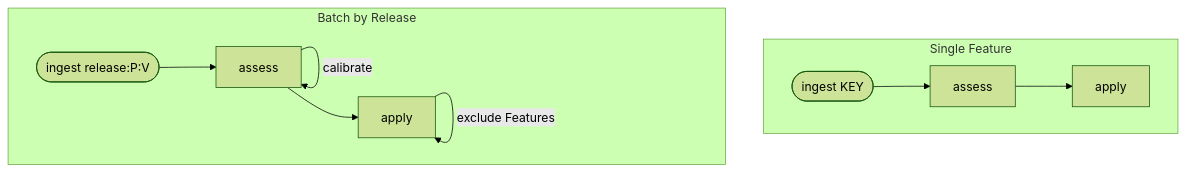
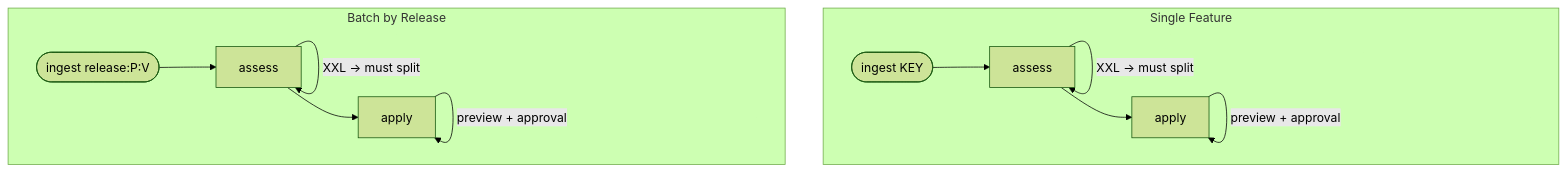
The diagram in sizing/README.md (flightctl/ai-workflows), drawn with Mermaid (forest theme) before and after one commit.

Commit message:
Address CodeRabbit review feedback
Add XXL-must-split guardrail and preview+approval loops to the
phase flow diagram, reflecting hard limits from guidelines.md.
Keep bare-verb node labels consistent with other workflow diagrams.

````diff
--- a/sizing/README.md
+++ b/sizing/README.md
@@ -7,13 +7,17 @@
 ```mermaid
 graph TD
     subgraph Single Feature
         ingest_s([ingest KEY]) --> assess_s[assess]
+        assess_s -->|XXL → must split| assess_s
         assess_s --> apply_s[apply]
+        apply_s -->|preview + approval| apply_s
     end
     subgraph Batch by Release
         ingest_b([ingest release:P:V]) --> assess_b[assess]
         assess_b -->|calibrate| assess_b
+        assess_b -->|XXL → must split| assess_b
         assess_b --> apply_b[apply]
         apply_b -->|exclude Features| apply_b
+        apply_b -->|preview + approval| apply_b
     end
 ```
````
